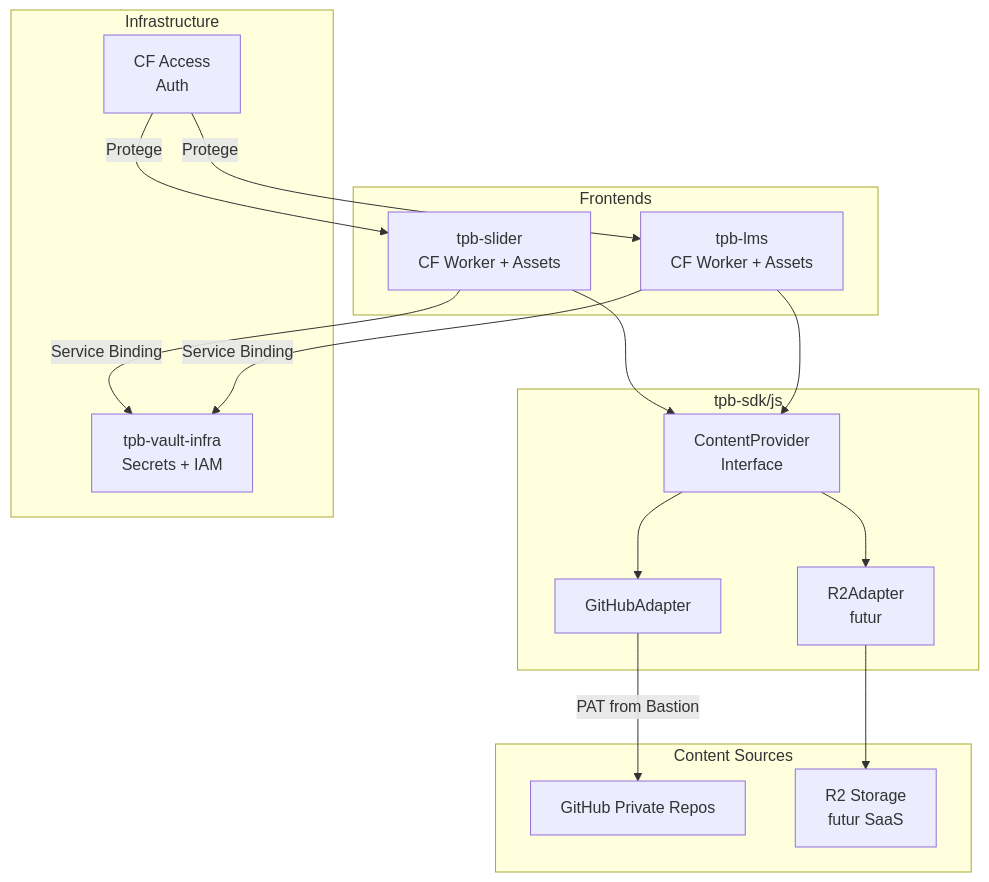
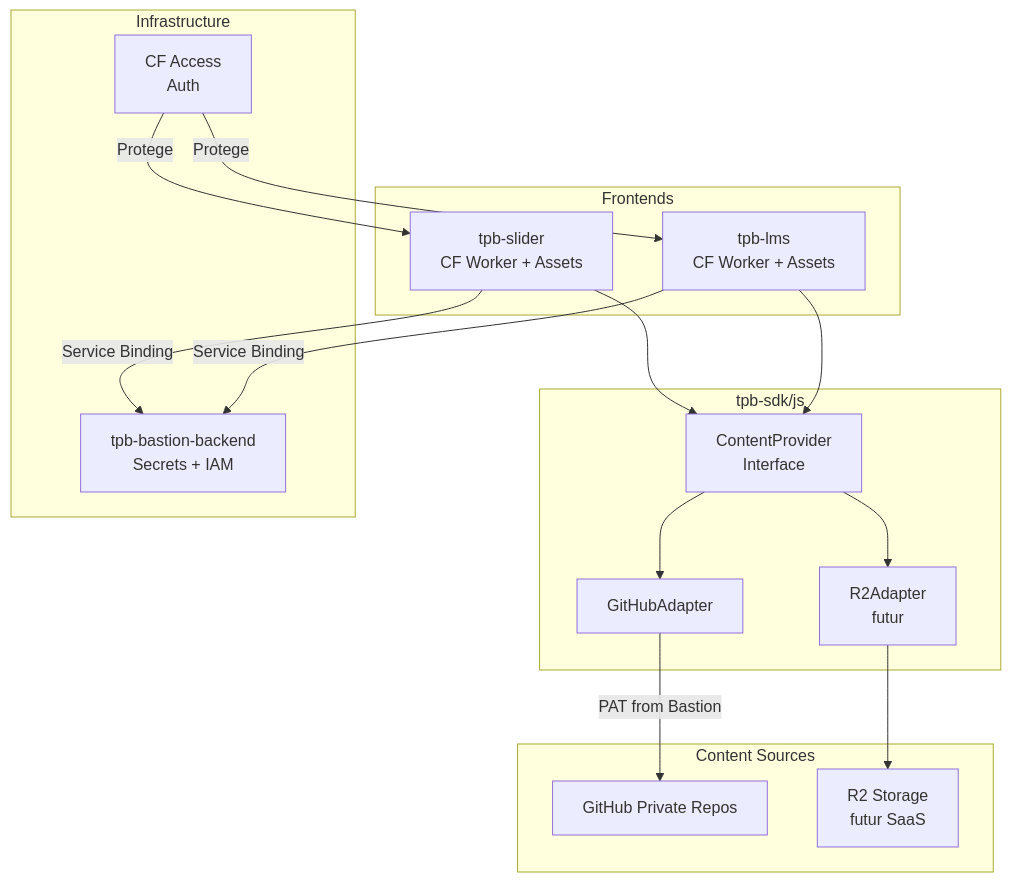
Before and after one commit to the-play-button/tpb-lms: the diagram in docs/_tpb-slide.refactolms-side-effect.plan.md, drawn with Mermaid. The commit also changed other lines of this file and 24 other files, not shown here.

````diff
--- a/docs/_tpb-slide.refactolms-side-effect.plan.md
+++ b/docs/_tpb-slide.refactolms-side-effect.plan.md
@@ -17,38 +17,38 @@
 ```mermaid
 flowchart TB
     subgraph frontends [Frontends]
         Slider[tpb-slider<br/>CF Worker + Assets]
         LMS[tpb-lms<br/>CF Worker + Assets]
     end
     
     subgraph sdk [tpb-sdk/js]
         CP[ContentProvider<br/>Interface]
         GHA[GitHubAdapter]
         R2A[R2Adapter<br/>futur]
     end
     
     subgraph infra [Infrastructure]
-        Bastion[tpb-vault-infra<br/>Secrets + IAM]
+        Bastion[tpb-bastion-backend<br/>Secrets + IAM]
         CFA[CF Access<br/>Auth]
     end
     
     subgraph sources [Content Sources]
         GH[GitHub Private Repos]
         R2[R2 Storage<br/>futur SaaS]
     end
     
     Slider -->|Service Binding| Bastion
     LMS -->|Service Binding| Bastion
     
     Slider --> CP
     LMS --> CP
     
     CP --> GHA
     CP --> R2A
     
     GHA -->|PAT from Bastion| GH
     R2A --> R2
     
     CFA -->|Protege| Slider
     CFA -->|Protege| LMS
 ```
````
